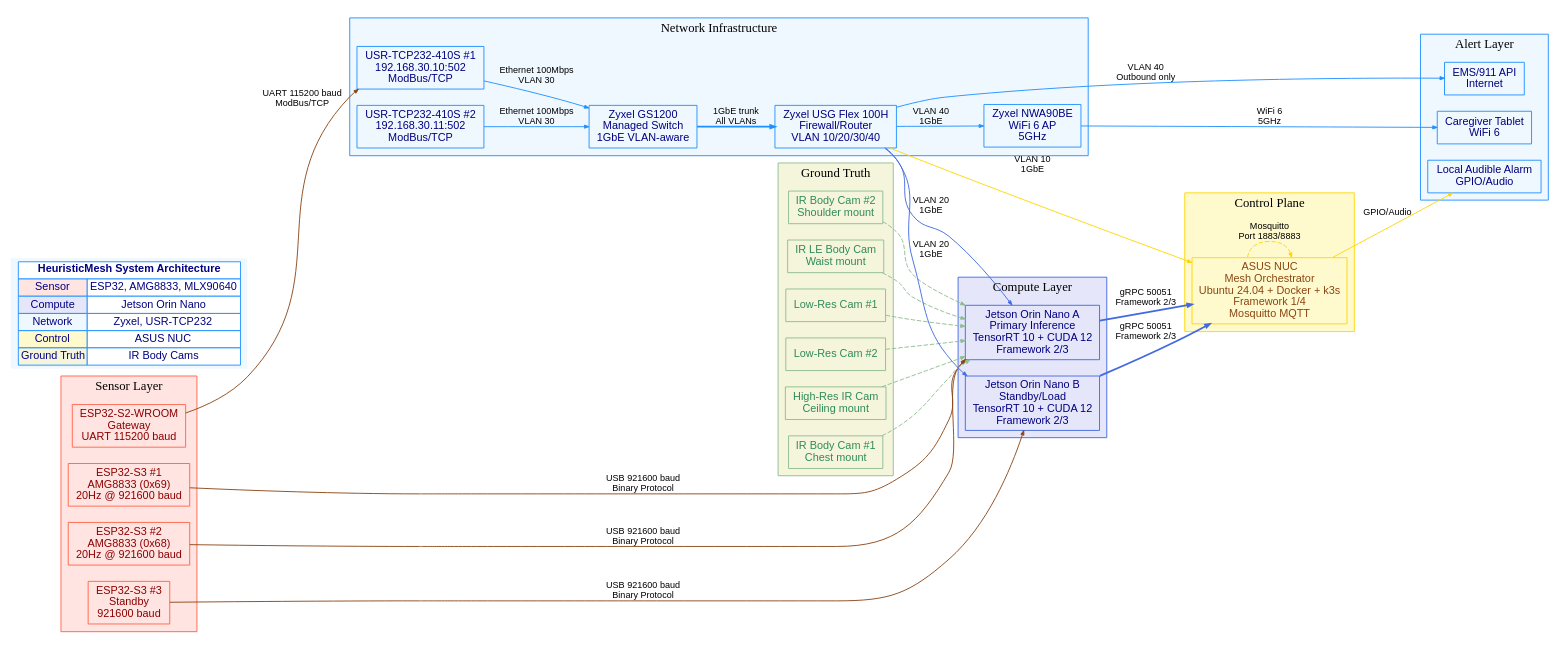
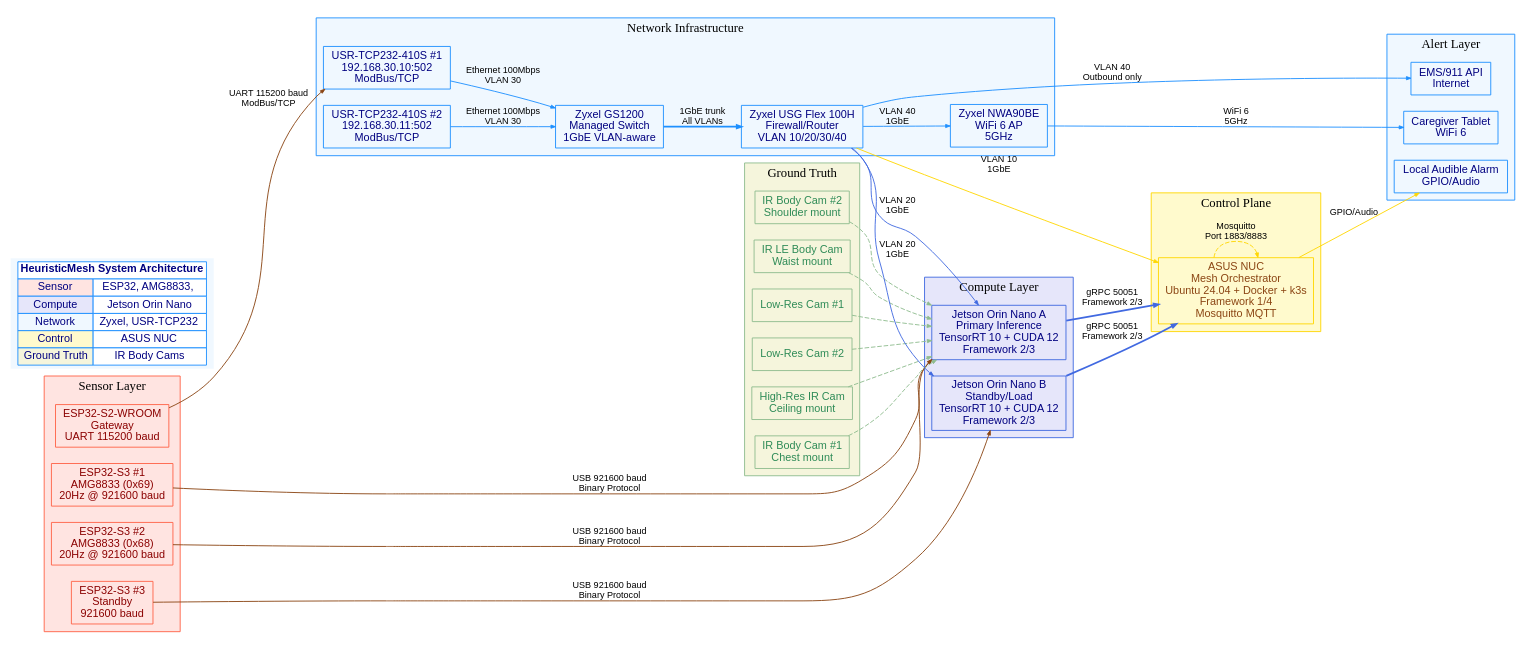
One commit to trademomentum-llc/heuristicmesh changed the second of 6 diagrams in docs/diagrams/SYSTEM_ARCHITECTURE.md. Above: the diagram before and after it, drawn with Graphviz. The commit also changed other lines of this file and 21 other files, not shown here.

```diff
--- a/docs/diagrams/SYSTEM_ARCHITECTURE.md
+++ b/docs/diagrams/SYSTEM_ARCHITECTURE.md
@@ -419,7 +419,7 @@
     legend [shape=plaintext, label=<
         <TABLE BORDER="0" CELLBORDER="1" CELLSPACING="0">
             <TR><TD COLSPAN="2" BGCOLOR="#FFFFFF"><B>HeuristicMesh System Architecture</B></TD></TR>
-            <TR><TD BGCOLOR="#FFE4E1">Sensor</TD><TD BGCOLOR="#FFFFFF">ESP32, AMG8833, MLX90640</TD></TR>
+            <TR><TD BGCOLOR="#FFE4E1">Sensor</TD><TD BGCOLOR="#FFFFFF">ESP32, AMG8833, </TD></TR>
             <TR><TD BGCOLOR="#E6E6FA">Compute</TD><TD BGCOLOR="#FFFFFF">Jetson Orin Nano</TD></TR>
             <TR><TD BGCOLOR="#F0F8FF">Network</TD><TD BGCOLOR="#FFFFFF">Zyxel, USR-TCP232</TD></TR>
             <TR><TD BGCOLOR="#FFFACD">Control</TD><TD BGCOLOR="#FFFFFF">ASUS NUC</TD></TR>
```
